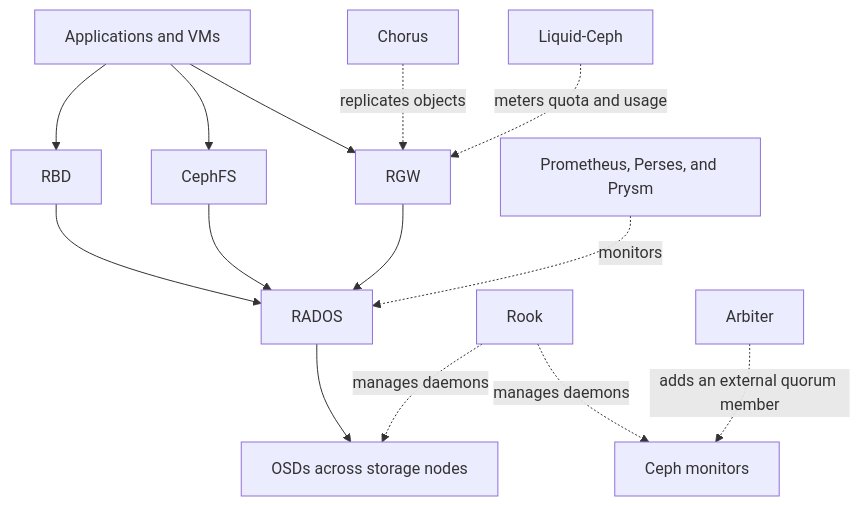
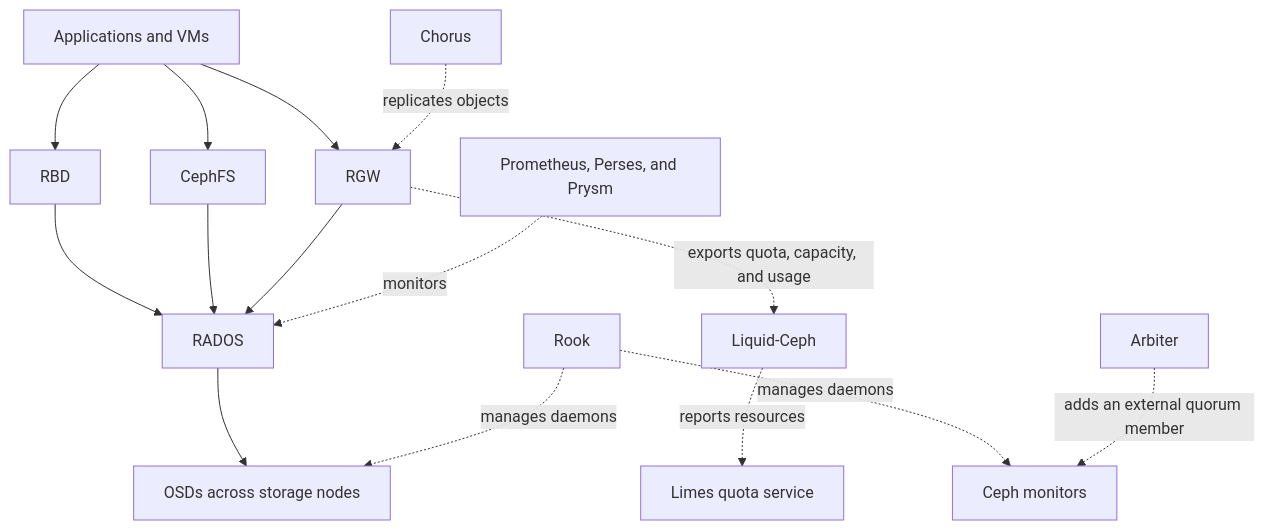
Before and after one commit to cobaltcore-dev/docs: the diagram in docs/storage/index.md, drawn with Mermaid. The commit also changed 6 other files, not shown here.

````diff
--- a/docs/storage/index.md
+++ b/docs/storage/index.md
@@ -43,25 +43,26 @@
 ```mermaid
 flowchart TB
     Apps[Applications and VMs]
     RBD[RBD]
     CephFS[CephFS]
     RGW[RGW]
     RADOS[RADOS]
     OSDs[OSDs across storage nodes]
     MON[Ceph monitors]
 
     Apps --> RBD
     Apps --> CephFS
     Apps --> RGW
     RBD --> RADOS
     CephFS --> RADOS
     RGW --> RADOS
     RADOS --> OSDs
 
     Rook -. manages daemons .-> MON
     Rook -. manages daemons .-> OSDs
     Arbiter -. adds an external quorum member .-> MON
     Chorus -. replicates objects .-> RGW
-    LiquidCeph[Liquid-Ceph] -. meters quota and usage .-> RGW
+    RGW -. exports quota, capacity, and usage .-> LiquidCeph[Liquid-Ceph]
+    LiquidCeph -. reports resources .-> Limes[Limes quota service]
     Observability[Prometheus, Perses, and Prysm] -. monitors .-> RADOS
 ```
````
